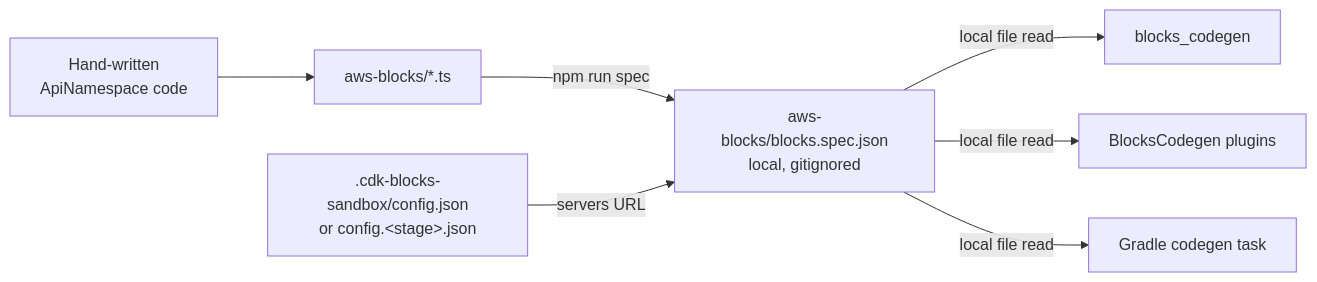
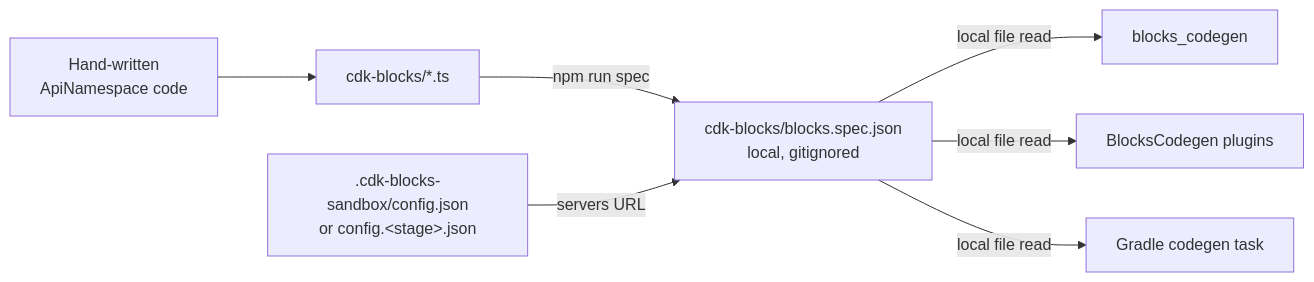
One commit to aws-devtools-labs/aws-blocks changed the diagram in docs/native-clients/codegen-design.md. Above: the diagram before and after it, drawn with Mermaid. The commit also changed other lines of this file and 750 other files, not shown here.

Commit message:
refactor!: rename the scaffolded backend folder to cdk-blocks

````diff
--- a/docs/native-clients/codegen-design.md
+++ b/docs/native-clients/codegen-design.md
@@ -334,9 +334,9 @@
 ```mermaid
 flowchart LR
-  App[Hand-written<br/>ApiNamespace code] --> TS[aws-blocks/*.ts]
-  TS -- "npm run spec" --> Spec[aws-blocks/blocks.spec.json<br/>local, gitignored]
+  App[Hand-written<br/>ApiNamespace code] --> TS[cdk-blocks/*.ts]
+  TS -- "npm run spec" --> Spec[cdk-blocks/blocks.spec.json<br/>local, gitignored]
   Sandbox[.cdk-blocks-sandbox/config.json<br/>or config.&lt;stage&gt;.json] -- servers URL --> Spec
   Spec -- local file read --> Dart[blocks_codegen]
   Spec -- local file read --> Swift[BlocksCodegen plugins]
   Spec -- local file read --> Kotlin[Gradle codegen task]
 ```
````
